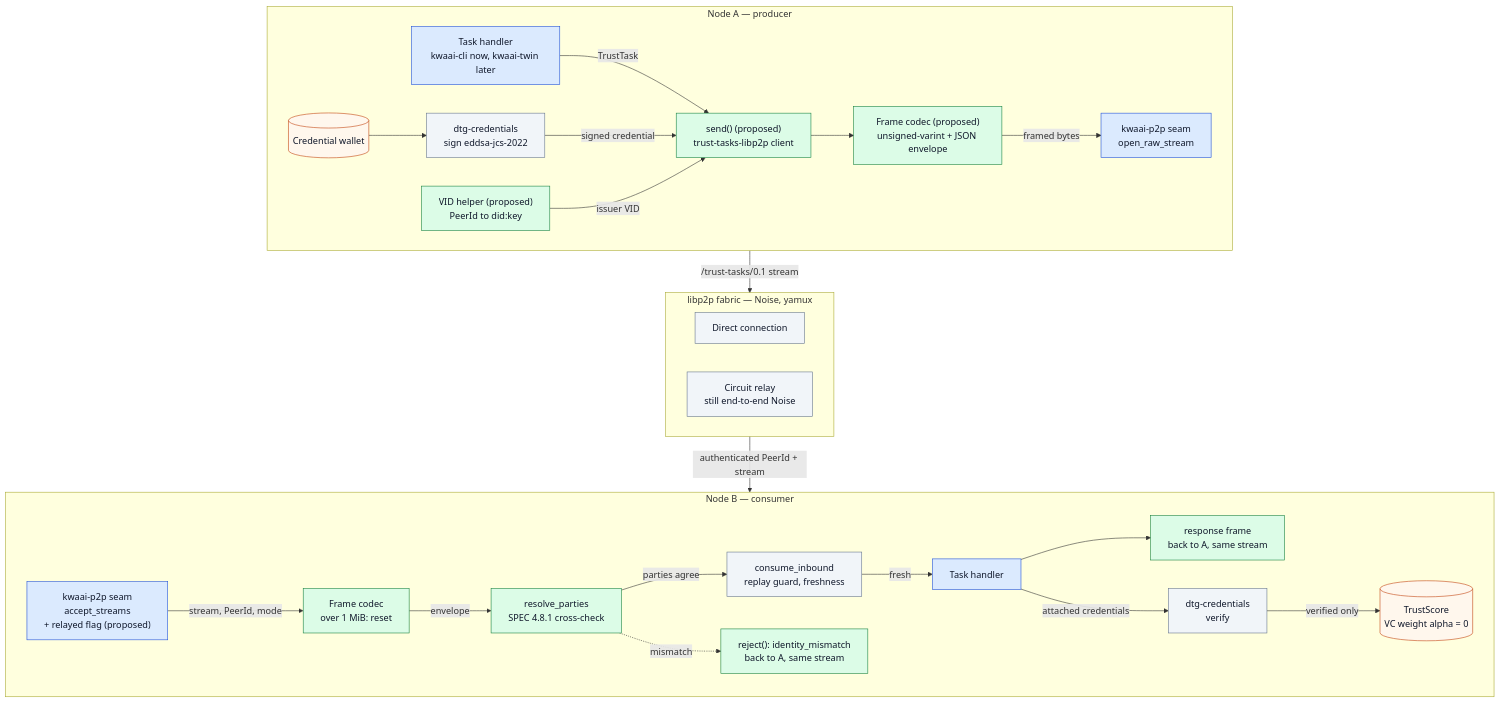
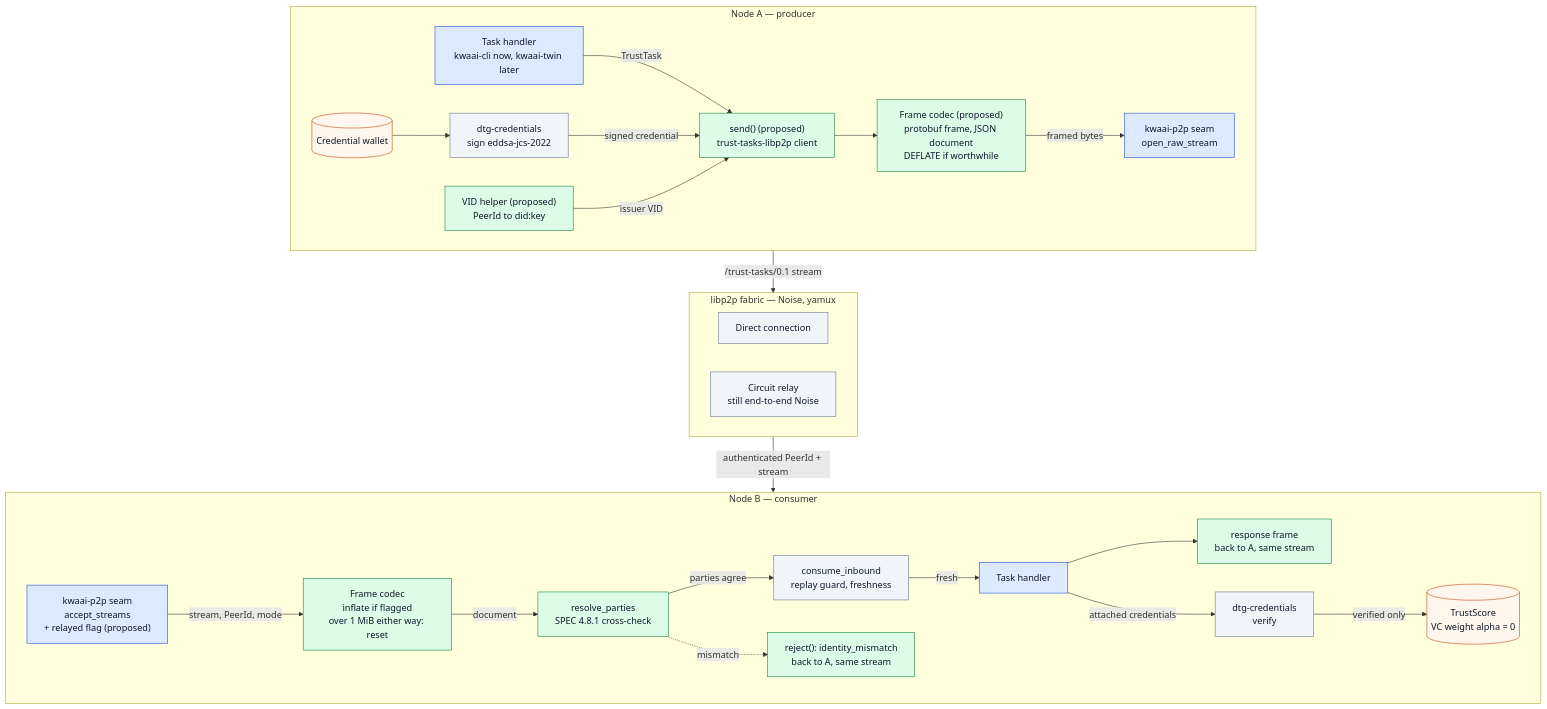
Before and after one commit to Kwaai-AI-Lab/KwaaiNet: the first of 5 diagrams in projects/kwaai-trust/design/DTGWG-TrustStack-diagrams.md, drawn with Mermaid. The commit also changed other lines of this file and 5 other files, not shown here.

````diff
--- a/projects/kwaai-trust/design/DTGWG-TrustStack-diagrams.md
+++ b/projects/kwaai-trust/design/DTGWG-TrustStack-diagrams.md
@@ -24,50 +24,50 @@
 ```mermaid
 flowchart TB
     classDef kwaai fill:#dbeafe,stroke:#1d4ed8,color:#0f172a
     classDef crate fill:#dcfce7,stroke:#15803d,color:#0f172a
     classDef ext fill:#f1f5f9,stroke:#64748b,color:#0f172a
     classDef store fill:#fff7ed,stroke:#c2410c,color:#0f172a
 
     subgraph A["Node A — producer"]
         direction LR
         AH["Task handler<br/>kwaai-cli now, kwaai-twin later"]:::kwaai
         AW[("Credential wallet")]:::store
         AC["dtg-credentials<br/>sign eddsa-jcs-2022"]:::ext
         AV["VID helper (proposed)<br/>PeerId to did:key"]:::crate
         AS["send() (proposed)<br/>trust-tasks-libp2p client"]:::crate
-        AF["Frame codec (proposed)<br/>unsigned-varint + JSON envelope"]:::crate
+        AF["Frame codec (proposed)<br/>protobuf frame, JSON document<br/>DEFLATE if worthwhile"]:::crate
         AP["kwaai-p2p seam<br/>open_raw_stream"]:::kwaai
         AW --> AC
         AH -- "TrustTask" --> AS
         AC -- "signed credential" --> AS
         AV -- "issuer VID" --> AS
         AS --> AF -- "framed bytes" --> AP
     end
 
     subgraph NET["libp2p fabric — Noise, yamux"]
         direction LR
         D["Direct connection"]:::ext
         R["Circuit relay<br/>still end-to-end Noise"]:::ext
     end
 
     subgraph B["Node B — consumer"]
         direction LR
         BP["kwaai-p2p seam<br/>accept_streams<br/>+ relayed flag (proposed)"]:::kwaai
-        BF["Frame codec<br/>over 1 MiB: reset"]:::crate
+        BF["Frame codec<br/>inflate if flagged<br/>over 1 MiB either way: reset"]:::crate
         BR["resolve_parties<br/>SPEC 4.8.1 cross-check"]:::crate
         BC["consume_inbound<br/>replay guard, freshness"]:::ext
         BH["Task handler"]:::kwaai
         BX["dtg-credentials<br/>verify"]:::ext
         BS[("TrustScore<br/>VC weight alpha = 0")]:::store
         BE["reject(): identity_mismatch<br/>back to A, same stream"]:::crate
         BO["response frame<br/>back to A, same stream"]:::crate
-        BP -- "stream, PeerId, mode" --> BF -- "envelope" --> BR
+        BP -- "stream, PeerId, mode" --> BF -- "document" --> BR
         BR -- "parties agree" --> BC -- "fresh" --> BH
         BR -. "mismatch" .-> BE
         BH --> BO
         BH -- "attached credentials" --> BX -- "verified only" --> BS
     end
 
     A -- "/trust-tasks/0.1 stream" --> NET
     NET -- "authenticated PeerId + stream" --> B
 ```
````
